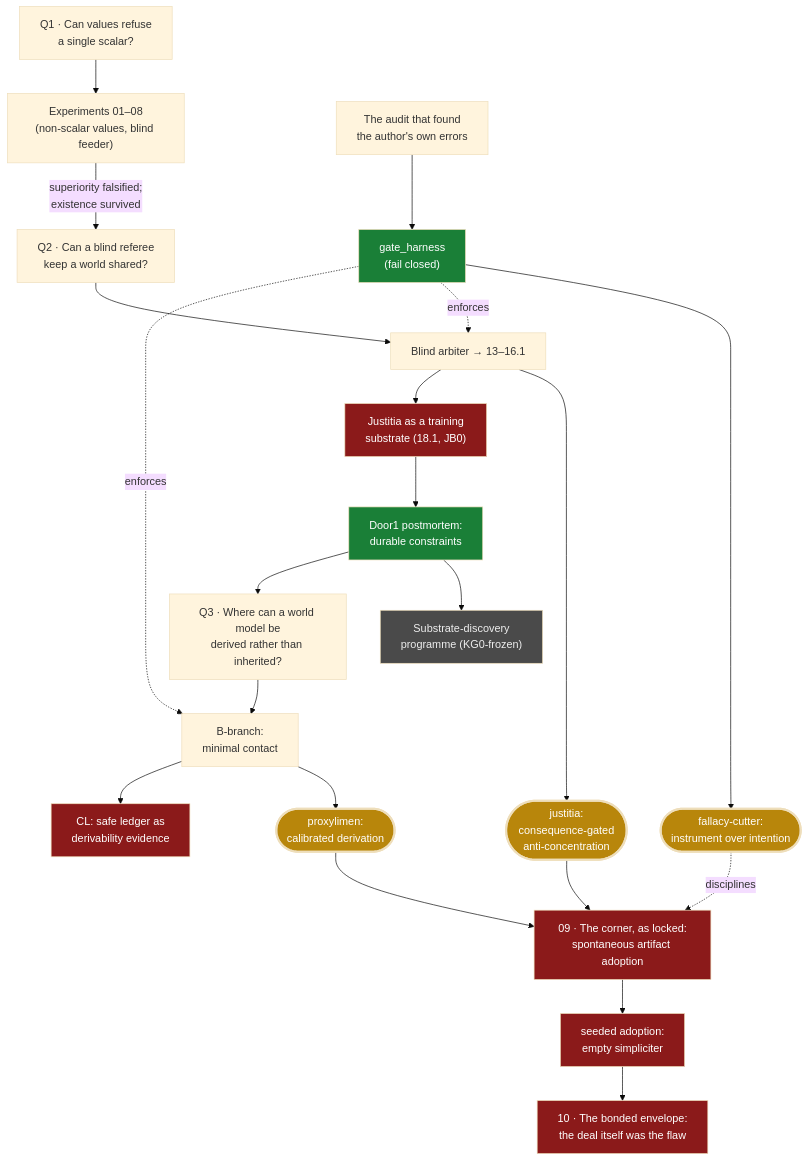
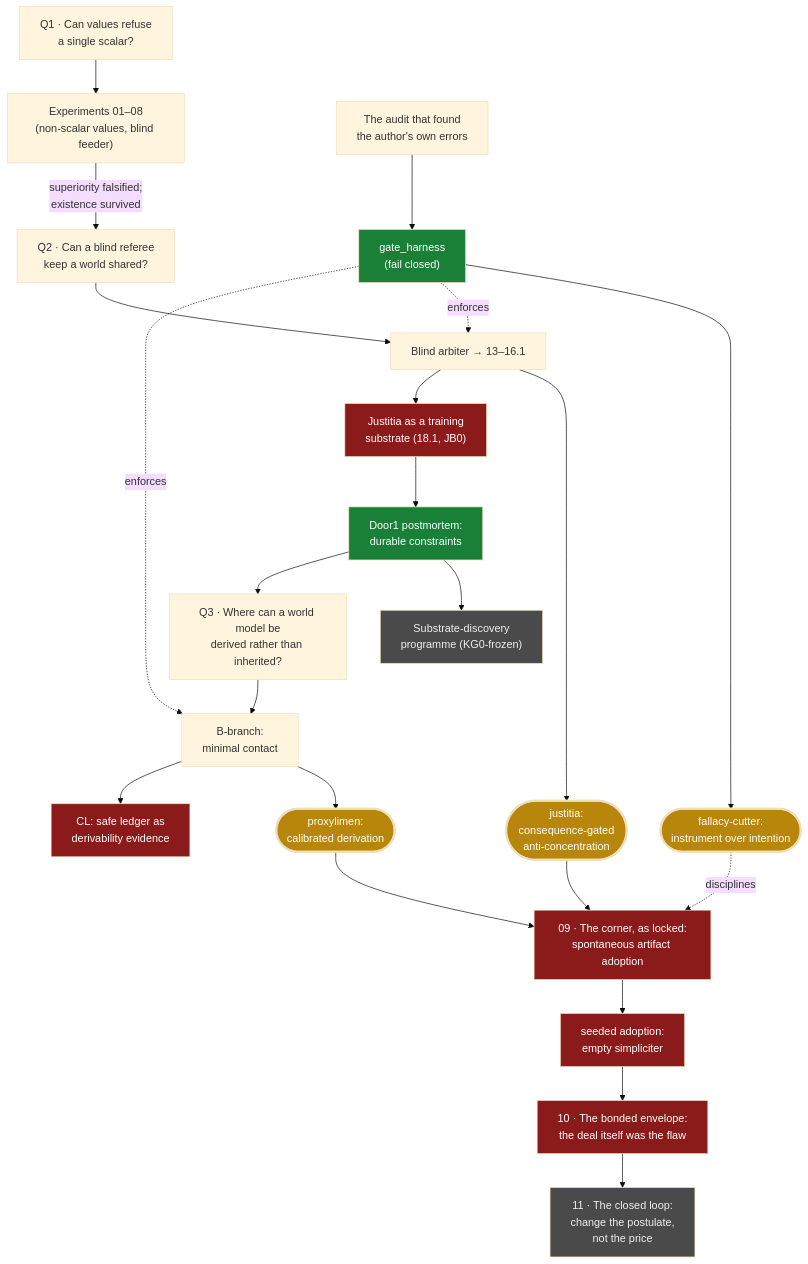
One commit to Kirill-Kruglov/ascesis changed the diagram in README.md. Above: the diagram before and after it, drawn with Mermaid (base theme). The commit also changed other lines of this file and 1 other file, not shown here.

Commit message:
Open line 11: the closed loop
Three envelope deaths shared one untouched assumption - the forge's candidate
fifth postulate: knowledge as a portable artifact that governance consumes.
Line 11 changes the postulate instead of the price: learning and governance as
two constraints on one interventional process; safety as preserved trajectory
reversibility. The old mechanisms must return as limits (the non-Euclidean
test). Phase 1: a predictive referee that learns from its own interventions -
there is no artifact-to-adoption segment to die on - gated by its own rolling
calibration, with an oracle headroom arm, a B2.3-style random-model null, and
a confidently-wrong degradation test. Kills set before any run. First line of
the forge born with its literature shoulders listed.

````diff
--- a/README.md
+++ b/README.md
@@ -22,28 +22,29 @@
 ```mermaid
 flowchart TD
     classDef verified fill:#1a7f37,color:#fff
     classDef falsified fill:#8b1a1a,color:#fff
     classDef open fill:#4a4a4a,color:#eee
     classDef concl fill:#b8860b,color:#fff,stroke-width:3px
 
     Q1["Q1 · Can values refuse<br/>a single scalar?"] --> E["Experiments 01–08<br/>(non-scalar values, blind feeder)"]
     E -->|"superiority falsified;<br/>existence survived"| Q2["Q2 · Can a blind referee<br/>keep a world shared?"]
     Q2 --> J["Blind arbiter → 13–16.1"]
     J --> JC(["justitia:<br/>consequence-gated<br/>anti-concentration"]):::concl
     J --> S["Justitia as a training<br/>substrate (18.1, JB0)"]:::falsified
     S --> D1["Door1 postmortem:<br/>durable constraints"]:::verified
     D1 --> SD["Substrate-discovery<br/>programme (KG0-frozen)"]:::open
     D1 --> Q3["Q3 · Where can a world model be<br/>derived rather than inherited?"]
     Q3 --> B["B-branch:<br/>minimal contact"]
     B --> PC(["proxylimen:<br/>calibrated derivation"]):::concl
     B --> CL["CL: safe ledger as<br/>derivability evidence"]:::falsified
     A["The audit that found<br/>the author's own errors"] --> G["gate_harness<br/>(fail closed)"]:::verified
     G --> FC(["fallacy-cutter:<br/>instrument over intention"]):::concl
     G -. enforces .-> J
     G -. enforces .-> B
     PC --> X["09 · The corner, as locked:<br/>spontaneous artifact adoption"]:::falsified
     JC --> X
     FC -. disciplines .-> X
     X --> X2["seeded adoption:<br/>empty simpliciter"]:::falsified
     X2 --> Y["10 · The bonded envelope:<br/>the deal itself was the flaw"]:::falsified
+    Y --> Z["11 · The closed loop:<br/>change the postulate,<br/>not the price"]:::open
 ```
````
